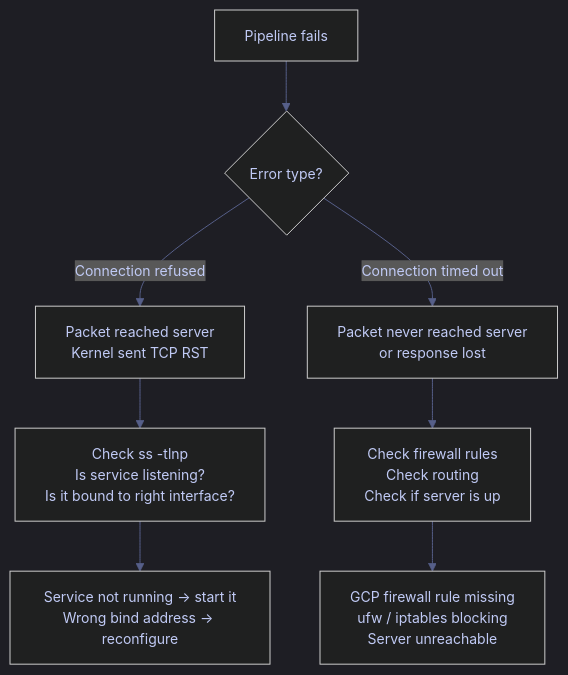
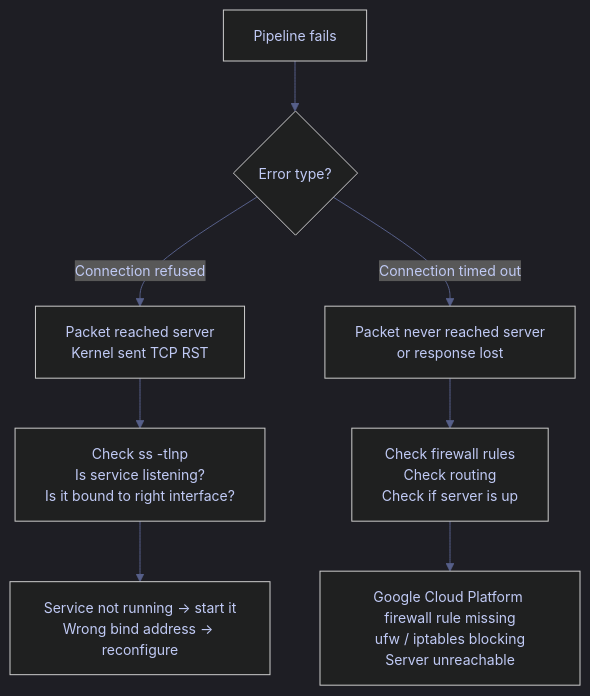
The diagram in content/01-Shell/05-Networking/03-socket-inspection.md (alp78/elysium), drawn with Mermaid before and after one commit. The commit also changed other lines of this file and 46 other files, not shown here.

````diff
--- a/content/01-Shell/05-Networking/03-socket-inspection.md
+++ b/content/01-Shell/05-Networking/03-socket-inspection.md
@@ -120,11 +102,11 @@
 ```mermaid
 %%{init: {'theme': 'dark', 'themeVariables': {'primaryColor': '#292e42','primaryTextColor': '#c0caf5','primaryBorderColor': '#565f89','lineColor': '#565f89','secondaryColor': '#1a1b26','tertiaryColor': '#24283b','noteTextColor': '#c0caf5','noteBkgColor': '#292e42','textColor': '#c0caf5','fontSize': '14px'}}}%%
 flowchart TD
     A[Pipeline fails] --> B{Error type?}
     B -->|Connection refused| C[Packet reached server<br>Kernel sent TCP RST]
     B -->|Connection timed out| D[Packet never reached server<br>or response lost]
     C --> E[Check ss -tlnp<br>Is service listening?<br>Is it bound to right interface?]
     D --> F[Check firewall rules<br>Check routing<br>Check if server is up]
     E --> G[Service not running → start it<br>Wrong bind address → reconfigure]
-    F --> H[GCP firewall rule missing<br>ufw / iptables blocking<br>Server unreachable]
+    F --> H[Google Cloud Platform firewall rule missing<br>ufw / iptables blocking<br>Server unreachable]
 ```
````
